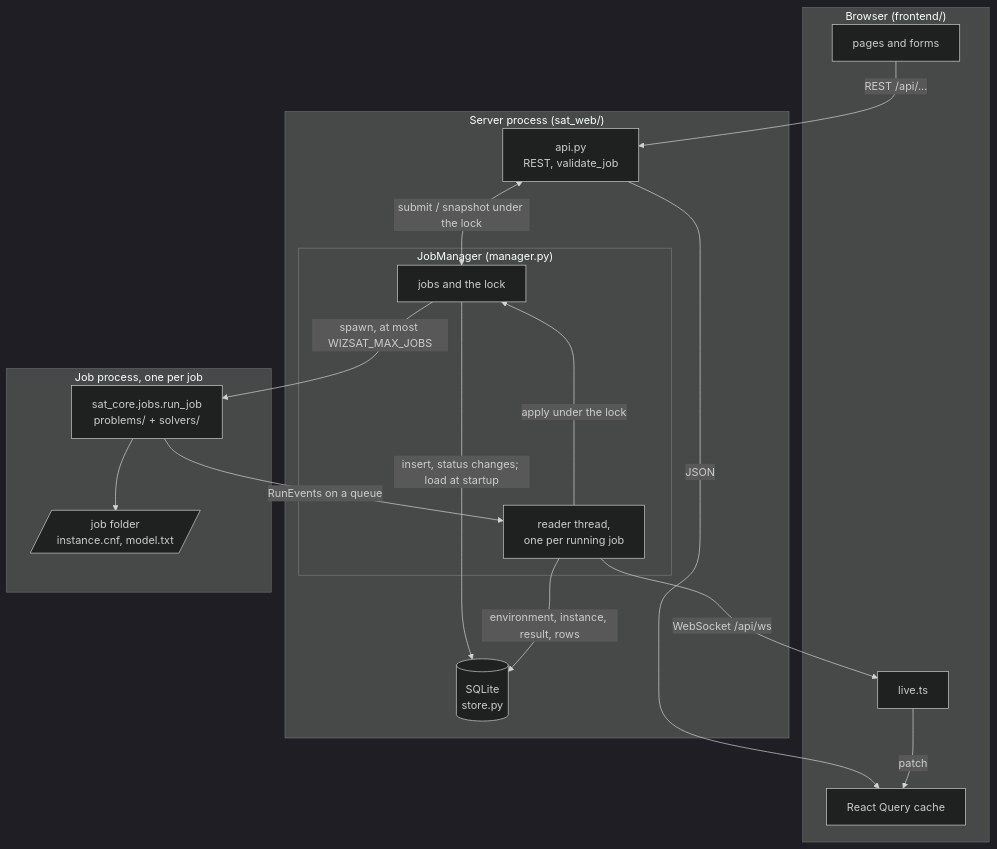
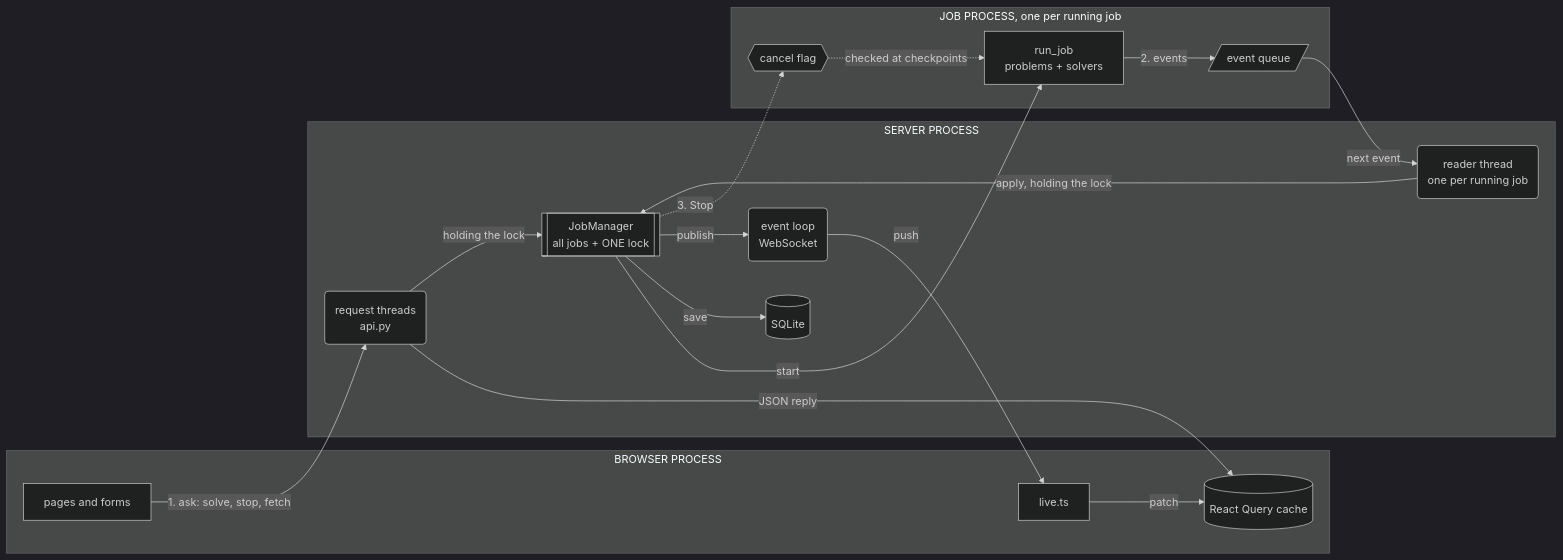
One commit to Aziyck/SATsolver changed the first of 10 diagrams in docs/guide/architecture.md. Above: the diagram before and after it, drawn with Mermaid (dark theme). The commit also changed other lines of this file and 3 other files, not shown here.

First line of the commit message:
docs: redraw the first architecture diagram; stop testing the status diagram

````diff
--- a/docs/guide/architecture.md
+++ b/docs/guide/architecture.md
@@ -21,34 +26,33 @@
 ```mermaid
-flowchart TB
-    subgraph browser["Browser (frontend/)"]
-        pages["pages and forms"]
-        cache["React Query cache"]
-        live["live.ts"]
+flowchart LR
+    pages["pages and forms"] -- "1. ask: solve, stop, fetch" --> req("request threads<br/>api.py")
+    req -- "JSON reply" --> cache[("React Query cache")]
+    req -- "holding the lock" --> jobs[["JobManager<br/>all jobs + ONE lock"]]
+    jobs -- "start" --> worker["run_job<br/>problems + solvers"]
+    worker -- "2. events" --> q[/"event queue"/]
+    q -- "next event" --> reader("reader thread<br/>one per running job")
+    reader -- "apply, holding the lock" --> jobs
+    jobs -- "save" --> db[("SQLite")]
+    jobs -- "publish" --> loop("event loop<br/>WebSocket")
+    loop -- "push" --> live["live.ts"]
+    live -- "patch" --> cache
+    jobs -. "3. Stop" .-> flag{{"cancel flag"}}
+    flag -. "checked at checkpoints" .-> worker
+    subgraph browser["BROWSER PROCESS"]
+        pages
+        live
+        cache
     end
-
-    subgraph server["Server process (sat_web/)"]
-        api["api.py<br/>REST, validate_job"]
-        subgraph manager["JobManager (manager.py)"]
-            state["jobs and the lock"]
-            reader["reader thread,<br/>one per running job"]
-        end
-        db[("SQLite<br/>store.py")]
+    subgraph server["SERVER PROCESS"]
+        req
+        jobs
+        reader
+        loop
+        db
     end
-
-    subgraph job["Job process, one per job"]
-        worker["sat_core.jobs.run_job<br/>problems/ + solvers/"]
-        folder[/"job folder<br/>instance.cnf, model.txt"/]
+    subgraph jobp["JOB PROCESS, one per running job"]
+        flag
+        worker
+        q
     end
-
-    pages -- "REST /api/..." --> api
-    api -- "JSON" --> cache
-    api <-- "submit / snapshot under the lock" --> state
-    state -- "spawn, at most WIZSAT_MAX_JOBS" --> worker
-    state -- "insert, status changes; load at startup" --> db
-    worker -- "RunEvents on a queue" --> reader
-    worker --> folder
-    reader -- "apply under the lock" --> state
-    reader -- "environment, instance, result, rows" --> db
-    reader -- "WebSocket /api/ws" --> live
-    live -- "patch" --> cache
 ```
````
